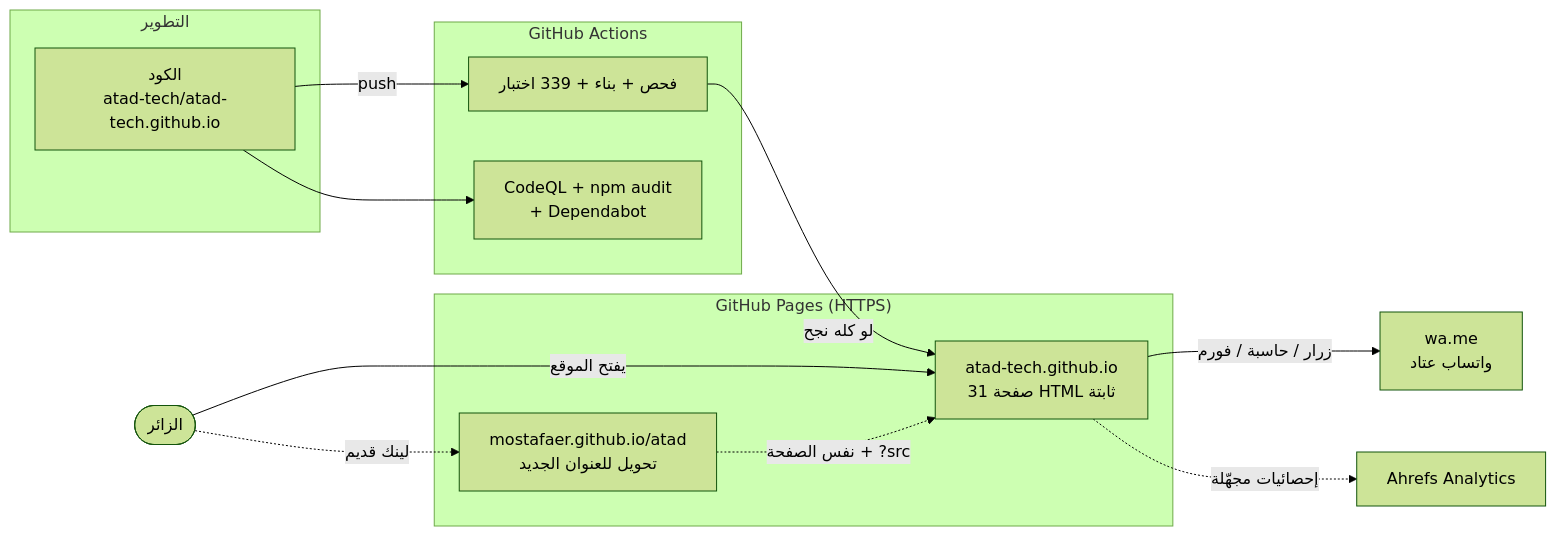
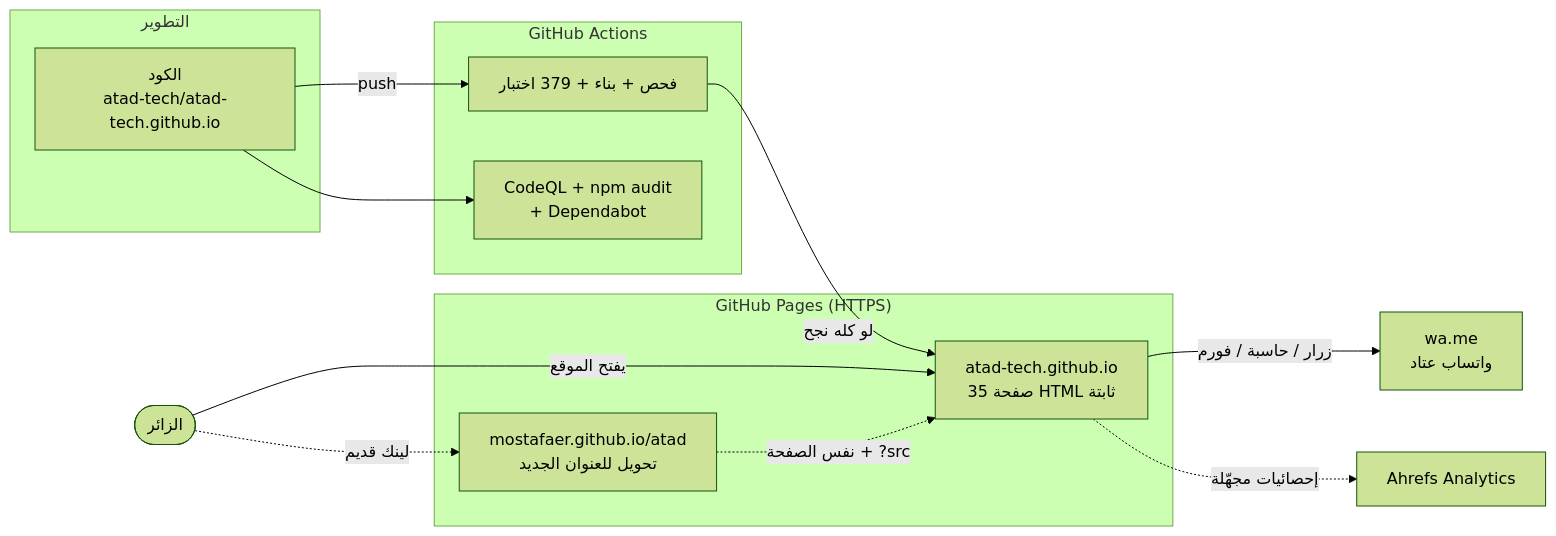
The first of 5 diagrams in docs/ARCHITECTURE.md (atad-tech/atad-tech.github.io), drawn with Mermaid (forest theme) before and after one commit. The commit also changed 5 other files, not shown here.

````diff
--- a/docs/ARCHITECTURE.md
+++ b/docs/ARCHITECTURE.md
@@ -7,25 +7,25 @@
 ```mermaid
 flowchart LR
     subgraph Dev["التطوير"]
         Code["الكود<br/>atad-tech/atad-tech.github.io"]
     end
     subgraph CI["GitHub Actions"]
-        Test["فحص + بناء + 339 اختبار"]
+        Test["فحص + بناء + 379 اختبار"]
         Scan["CodeQL + npm audit<br/>+ Dependabot"]
     end
     subgraph Host["GitHub Pages (HTTPS)"]
-        Site["atad-tech.github.io<br/>31 صفحة HTML ثابتة"]
+        Site["atad-tech.github.io<br/>35 صفحة HTML ثابتة"]
         Old["mostafaer.github.io/atad<br/>تحويل للعنوان الجديد"]
     end
     Visitor(["الزائر"])
     WA["wa.me<br/>واتساب عتاد"]
     Ahrefs["Ahrefs Analytics"]
 
     Code -->|push| Test
     Code --> Scan
     Test -->|"لو كله نجح"| Site
     Visitor -->|"يفتح الموقع"| Site
     Visitor -.->|"لينك قديم"| Old -.->|"نفس الصفحة + ?src"| Site
     Site -->|"زرار / حاسبة / فورم"| WA
     Site -.->|"إحصائيات مجهّلة"| Ahrefs
 ```
````
